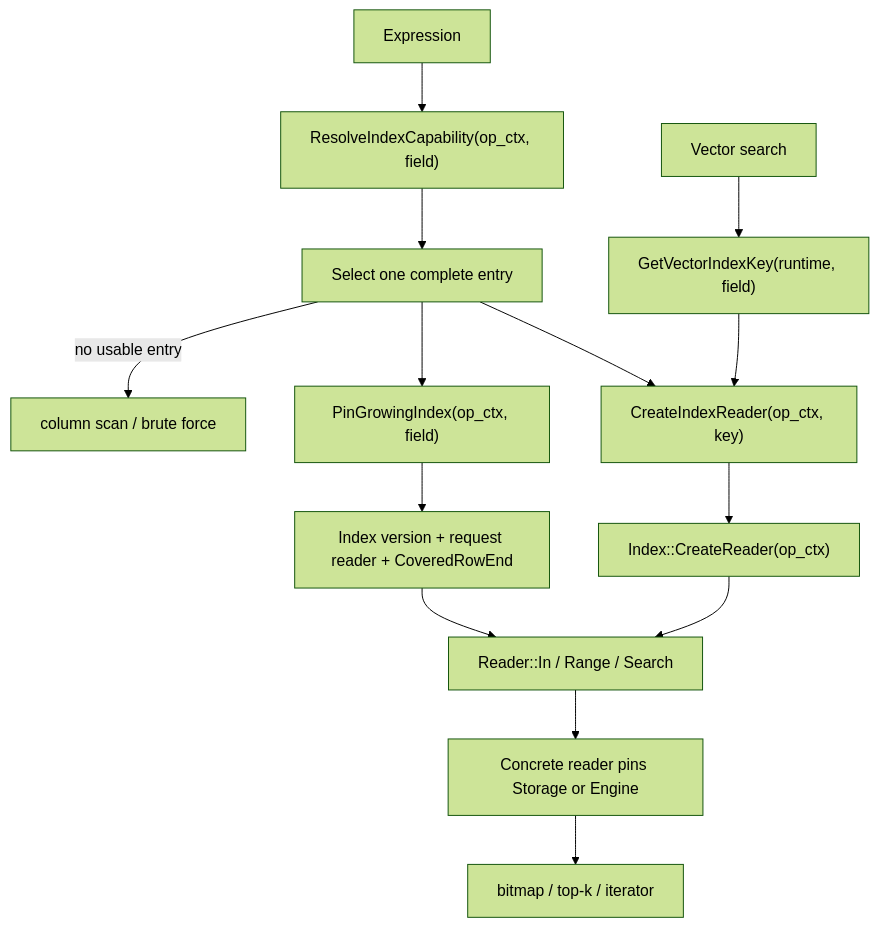
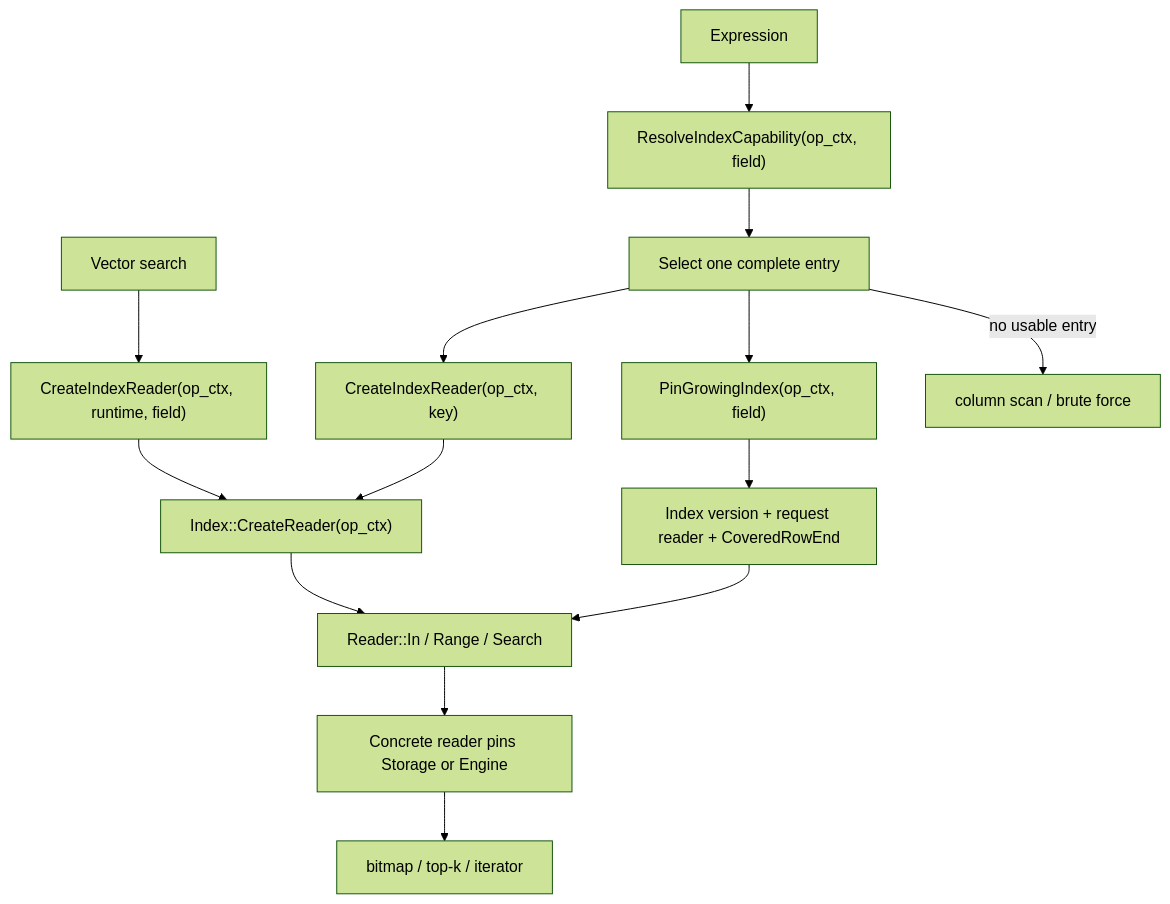
Before and after one commit to milvus-io/milvus: the second of 2 diagrams in internal/core/src/segcore/indexing/README.md, drawn with Mermaid (forest theme). The commit also changed 2 other files, not shown here.

Commit message:
enhance: share segment index reader acquisition

````diff
--- a/internal/core/src/segcore/indexing/README.md
+++ b/internal/core/src/segcore/indexing/README.md
@@ -108,16 +108,16 @@
 ```mermaid
 flowchart TB
     query["Expression"] --> caps["ResolveIndexCapability(op_ctx, field)"]
     caps --> select["Select one complete entry"]
     select --> sealed["CreateIndexReader(op_ctx, key)"]
-    vector["Vector search"] --> vectorreader["GetVectorIndexKey(runtime, field)"]
-    vectorreader --> sealed
+    vector["Vector search"] --> vectorreader["CreateIndexReader(op_ctx, runtime, field)"]
+    vectorreader --> reader
     sealed --> reader["Index::CreateReader(op_ctx)"]
     reader --> execute["Reader::In / Range / Search"]
     execute --> storage["Concrete reader pins Storage or Engine"]
     storage --> result["bitmap / top-k / iterator"]
     select --> growing["PinGrowingIndex(op_ctx, field)"]
     growing --> snapshot["Index version + request reader + CoveredRowEnd"]
     snapshot --> execute
     select -->|no usable entry| fallback["column scan / brute force"]
 ```
````
